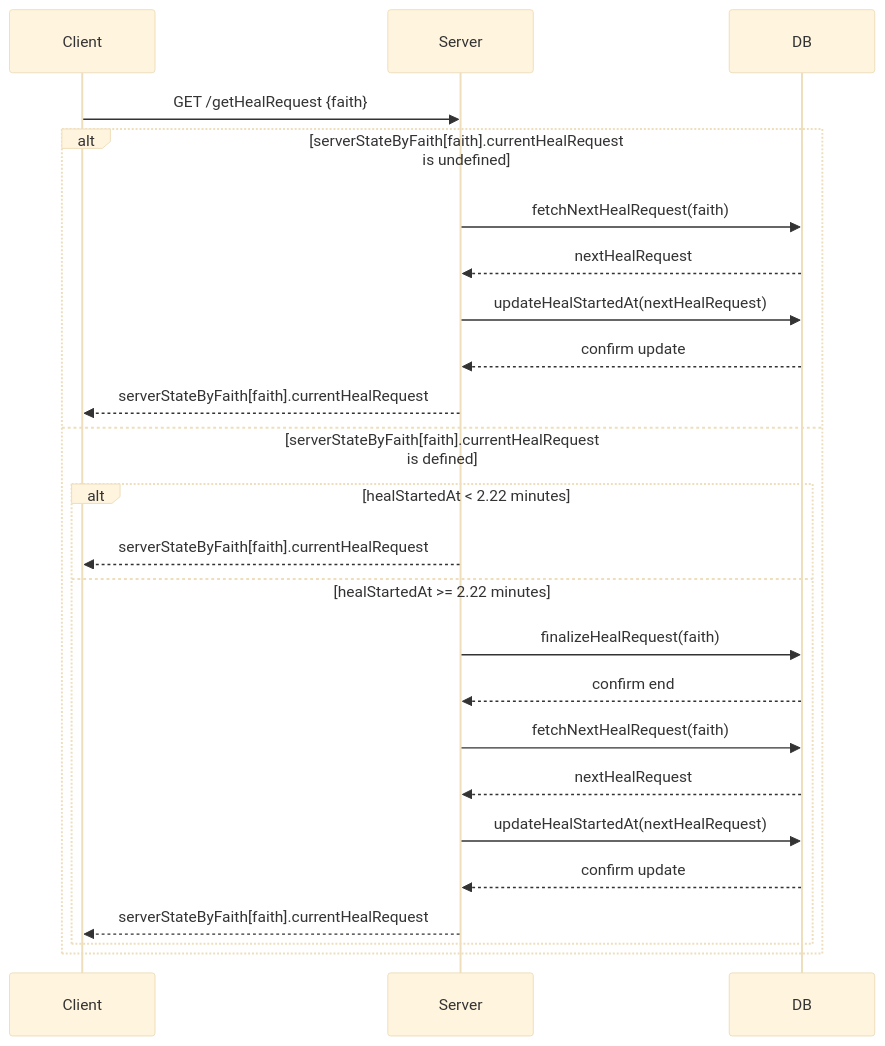
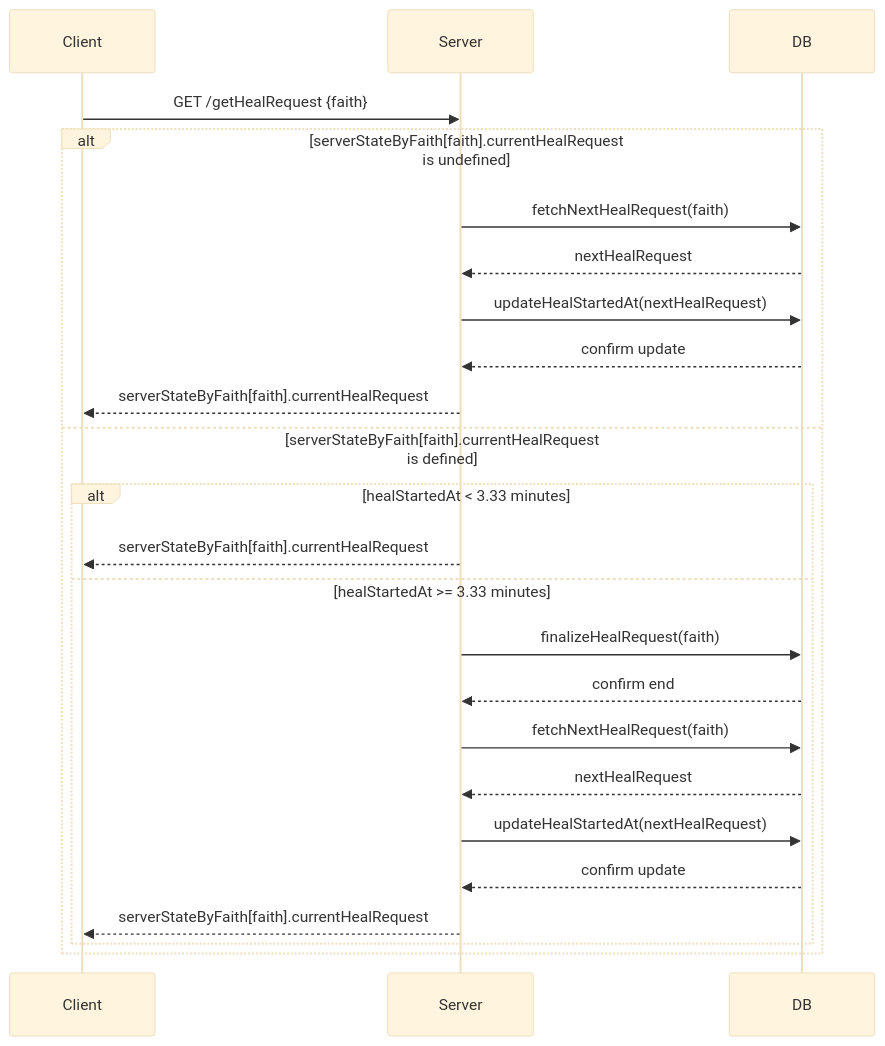
The diagram in websocket/README.md (bcigdemoglu/heal-together), drawn with Mermaid (base theme) before and after one commit. The commit also changed other lines of this file and 1 other file, not shown here.

Commit message:
Fix faith logic

````diff
--- a/websocket/README.md
+++ b/websocket/README.md
@@ -63,27 +63,27 @@
 ```mermaid
 sequenceDiagram
     participant Client
     participant Server
     participant DB
 
     Client->>Server: GET /getHealRequest {faith}
     alt serverStateByFaith[faith].currentHealRequest is undefined
         Server->>DB: fetchNextHealRequest(faith)
         DB-->>Server: nextHealRequest
         Server->>DB: updateHealStartedAt(nextHealRequest)
         DB-->>Server: confirm update
         Server-->>Client: serverStateByFaith[faith].currentHealRequest
     else serverStateByFaith[faith].currentHealRequest is defined
-        alt healStartedAt < 2.22 minutes
+        alt healStartedAt < 3.33 minutes
             Server-->>Client: serverStateByFaith[faith].currentHealRequest
-        else healStartedAt >= 2.22 minutes
+        else healStartedAt >= 3.33 minutes
             Server->>DB: finalizeHealRequest(faith)
             DB-->>Server: confirm end
             Server->>DB: fetchNextHealRequest(faith)
             DB-->>Server: nextHealRequest
             Server->>DB: updateHealStartedAt(nextHealRequest)
             DB-->>Server: confirm update
             Server-->>Client: serverStateByFaith[faith].currentHealRequest
         end
     end
 ```
````
